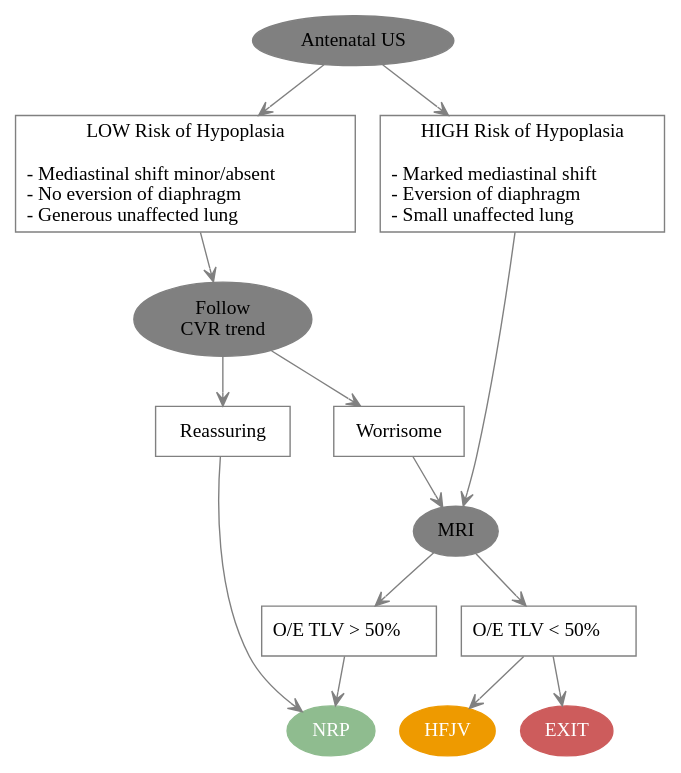
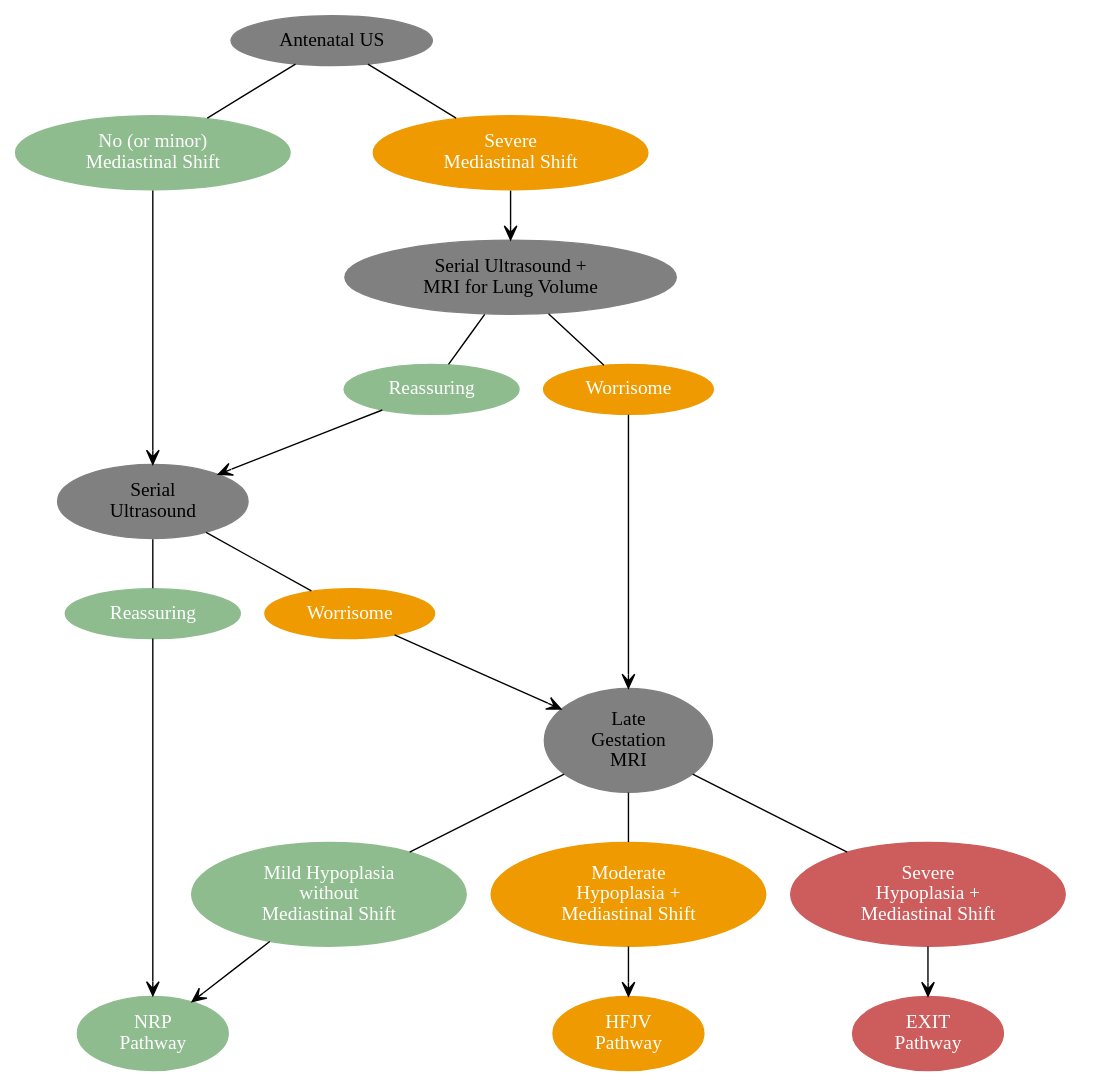
The diagram in CLO.dot (mdtsandman/CLO), drawn with Graphviz before and after one commit. The commit also changed 5 other files, not shown here.

```diff
--- a/CLO.dot
+++ b/CLO.dot
@@ -1,43 +1,81 @@
 digraph LungMass {
 
 rankdir=TB;
 newrank=true;
 compound=true;
 
-node [color=grey];
-edge [color=grey arrowhead=vee];
+node [style=filled color=grey fillcolor=grey];
+edge [arrowhead=none];
 
-US [label="Antenatal US" style=filled fillcolor=grey];
-HighRisk [shape=box label="HIGH Risk of Hypoplasia\n\n- Marked mediastinal shift\l- Eversion of diaphragm\l- Small unaffected lung\l"];
-LowRisk [shape=box label="LOW Risk of Hypoplasia\n\n- Mediastinal shift minor/absent\l- No eversion of diaphragm\l- Generous unaffected lung\l"];
-CVRTrend [label="Follow\nCVR trend" style=filled fillcolor=grey];
-GoodTrend [shape=box label="Reassuring"];
-BadTrend [shape=box label="Worrisome"];
-MRI [label="MRI" style=filled fillcolor=grey];
-SevereHypoplasia [shape=box label="O/E TLV < 50%\l"];
-MildHypoplasia [shape=box label="O/E TLV > 50%\l"];
-NRP [label="NRP" style=filled fontcolor=white fillcolor=darkseagreen color=darkseagreen];
-HFJV [label="HFJV" style=filled fontcolor=white fillcolor=orange2 color=orange2];
-EXIT [label="EXIT" style=filled fontcolor=white fillcolor=indianred color=indianred];
+US [label="Antenatal US"];
+HighRisk [color=orange2 fillcolor=orange2 fontcolor=white label="Severe\nMediastinal Shift"];
+LowRisk [color=darkseagreen fillcolor=darkseagreen fontcolor=white label="No (or minor)\nMediastinal Shift"];
+NRP [label="NRP\nPathway" style=filled fontcolor=white fillcolor=darkseagreen color=darkseagreen];
+HFJV [label="HFJV\nPathway" style=filled fontcolor=white fillcolor=orange2 color=orange2];
+EXIT [label="EXIT\nPathway" style=filled fontcolor=white fillcolor=indianred color=indianred];
+
+subgraph ClusterCVR {
+
+	style=rounded;
+	color=white;
+	bgcolor=white;
+
+	CVRTrend [label="Serial\nUltrasound"];
+	GoodTrend [label="Reassuring" fillcolor=darkseagreen color=darkseagreen fontcolor=white];
+	BadTrend [label="Worrisome" fillcolor=orange2 color=orange2 fontcolor=white];
+
+}
+		
+subgraph ClusterMRI {
+	
+	style=rounded;
+	color=white;
+	bgcolor=white;
+
+	MRI [label="Serial Ultrasound +\nMRI for Lung Volume"];
+	MildHP [label="Reassuring" fillcolor=darkseagreen color=darkseagreen fontcolor=white];
+	SevereHP [label="Worrisome" fillcolor=orange2 color=orange2 fontcolor=white];
+
+}
+
+subgraph ClusterMRI2 {
+
+	style=rounded;
+	color=white;
+	bgcolor=white;
+
+	MRI2 [label="Late\nGestation\nMRI"];
+	MildHP2 [label="Mild Hypoplasia\nwithout\nMediastinal Shift" fillcolor=darkseagreen color=darkseagreen fontcolor=white];
+	ModerateHP2 [label="Moderate\nHypoplasia +\nMediastinal Shift" fillcolor=orange2 color=orange2 fontcolor=white];
+	SevereHP2 [label="Severe\nHypoplasia +\nMediastinal Shift" fillcolor=indianred color=indianred fontcolor=white];
+
+}
 
 US -> {HighRisk, LowRisk};
-HighRisk -> MRI;
-LowRisk ->CVRTrend;
-MRI -> SevereHypoplasia;
-MRI -> MildHypoplasia;
+LowRisk -> CVRTrend[arrowhead=vee weight=100];
+CVRTrend -> GoodTrend [weight=200];
+GoodTrend -> NRP [arrowhead=vee weight=100];
 CVRTrend -> BadTrend;
-CVRTrend -> GoodTrend;
-BadTrend -> MRI;
-GoodTrend -> NRP;
-MildHypoplasia -> NRP;
-SevereHypoplasia -> {HFJV, EXIT};
+HighRisk -> MRI [arrowhead=vee weight=200];
+BadTrend -> MRI2 [arrowhead=vee];
+MRI -> {MildHP SevereHP};
+MildHP -> CVRTrend [arrowhead=vee];
+
+SevereHP -> MRI2 [arrowhead=vee weight=100];
+
+MRI2 -> {MildHP2 ModerateHP2 SevereHP2} [weight=100];
+
+MildHP2 -> NRP [arrowhead=vee];
+ModerateHP2 -> HFJV [arrowhead=vee];
+SevereHP2 -> EXIT [arrowhead=vee weight=200];
 
 NRP -> HFJV -> EXIT [style=invis];
 
+{ rank=same; GoodTrend BadTrend };
+{ rank=same; MildHP SevereHP }
 { rank=same; LowRisk; HighRisk; }
-{ rank=same; GoodTrend; BadTrend; }
-{ rank=same; MildHypoplasia; SevereHypoplasia; }
+{ rank=same; MildHP2; SevereHP2; }
 { rank=same; LowRisk; HighRisk; }
 { rank=same; NRP; HFJV; EXIT; }
 
 }
```
